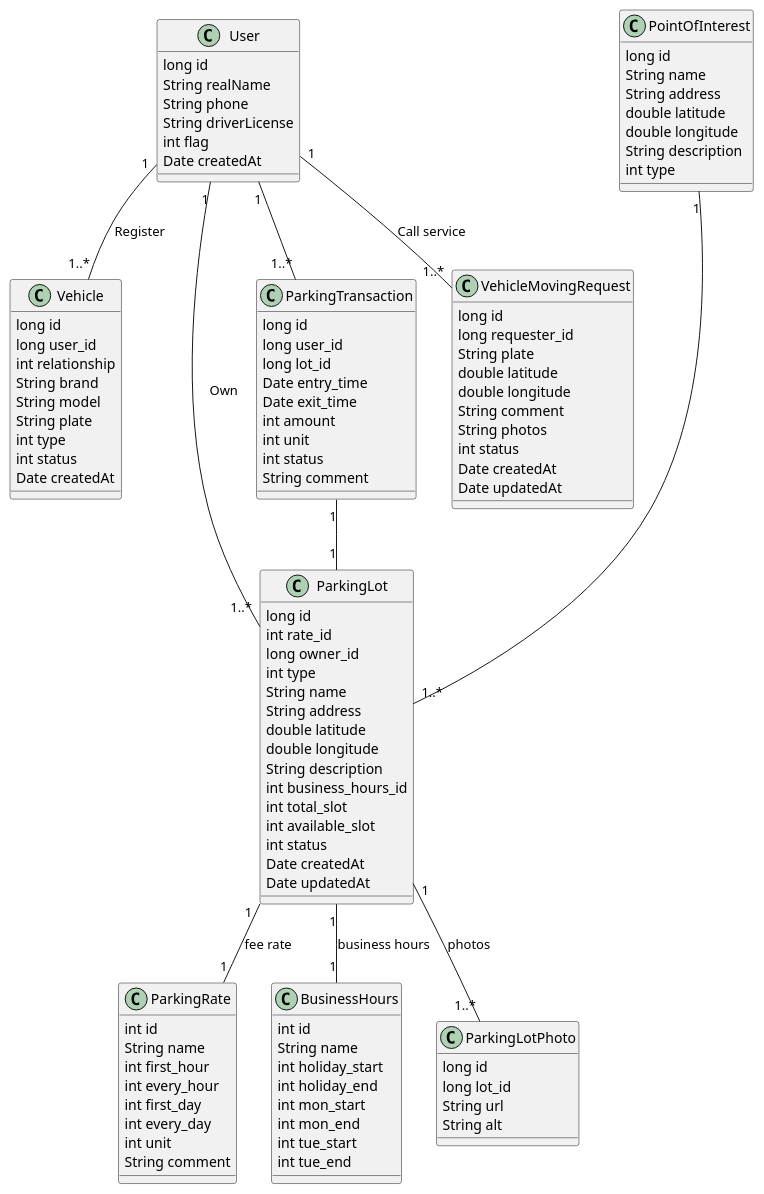
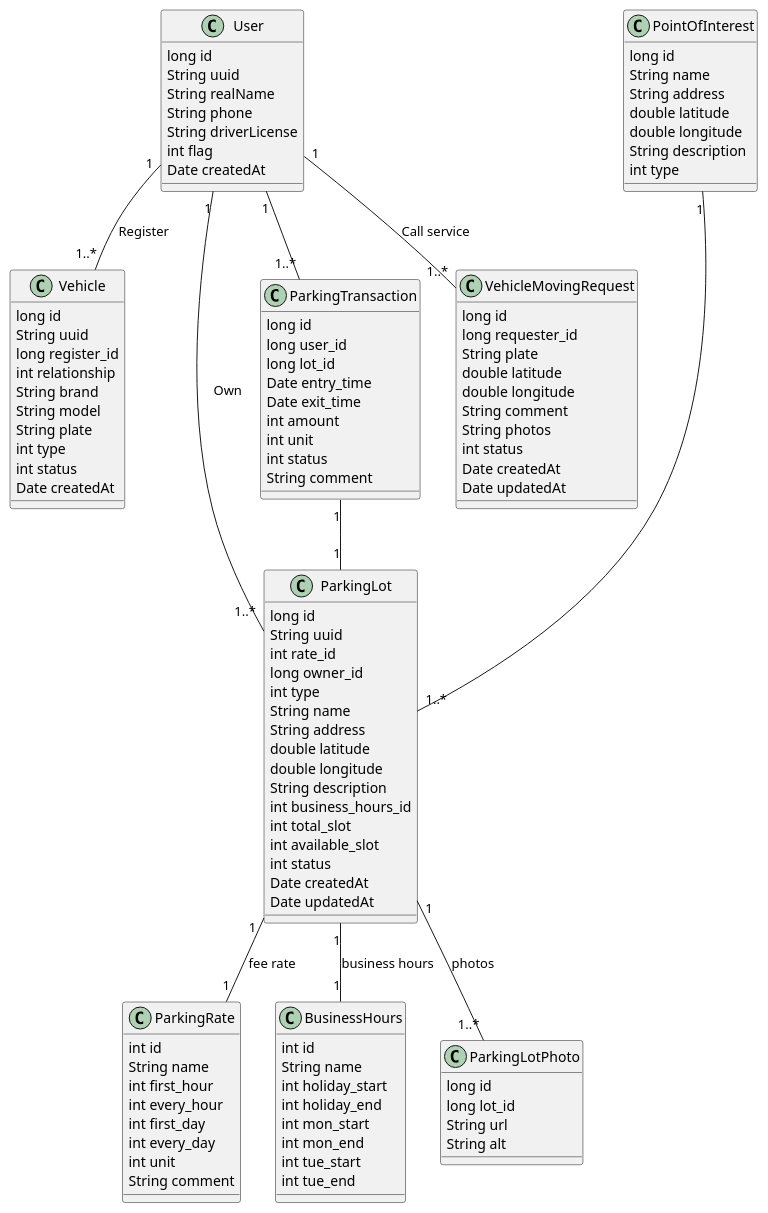
One commit to chatchatabc/davao-parking changed the diagram in docs/clazz-diagram.puml. Above: the diagram before and after it, drawn with PlantUML.

Commit message:
feat: add uuid for User, ParkingLot and Vehicle

```diff
--- a/docs/clazz-diagram.puml
+++ b/docs/clazz-diagram.puml
@@ -1,120 +1,123 @@
 @startuml
 'https://plantuml.com/class-diagram
 
 class User {
  long id
+ String uuid
  String realName
  String phone
  String driverLicense
  int flag
  Date createdAt
 }
 
 class Vehicle {
  long id
- long user_id
+ String uuid
+ long register_id
  int relationship
  String brand
  String model
  String plate
  int type
  int status
  Date createdAt
 }
 
 class ParkingRate {
  int id
  String name
  int first_hour
  int every_hour
  int first_day
  int every_day
  int unit
  String comment
 }
 
 class ParkingLot {
  long id
+ String uuid
  int rate_id
  long owner_id
  int type
  String name
  String address
  double latitude
  double longitude
  String description
  int business_hours_id
  int total_slot
  int available_slot
  int status
  Date createdAt
  Date updatedAt
 }
 
 class BusinessHours {
    int id
    String name
    int holiday_start
    int holiday_end
    int mon_start
    int mon_end
    int tue_start
    int tue_end
 }
 
 class ParkingLotPhoto {
  long id
  long lot_id
  String url
  String alt
 }
 
 class ParkingTransaction {
   long id
   long user_id
   long lot_id
   Date entry_time
   Date exit_time
   int amount
   int unit
   int status
   String comment
 }
 
 class PointOfInterest {
   long id
   String name
   String address
   double latitude
   double longitude
   String description
   int type
 }
 
 class VehicleMovingRequest {
    long id
    long requester_id
    String plate
    double latitude
    double longitude
    String comment
    String photos
    int status
    Date createdAt
    Date updatedAt
 }
 
 User "1" -- "1..*" Vehicle: Register
 User "1" -- "1..*" ParkingLot: Own
 User "1" -- "1..*" VehicleMovingRequest: Call service
 User "1" -- "1..*" ParkingTransaction
 ParkingTransaction "1" -- "1" ParkingLot
 
 ParkingLot "1" -- "1..*" ParkingLotPhoto: photos
 ParkingLot "1" -- "1" ParkingRate: fee rate
 ParkingLot "1" -- "1" BusinessHours: business hours
 
 PointOfInterest "1" --- "1..*" ParkingLot
 
 
 @enduml
```
